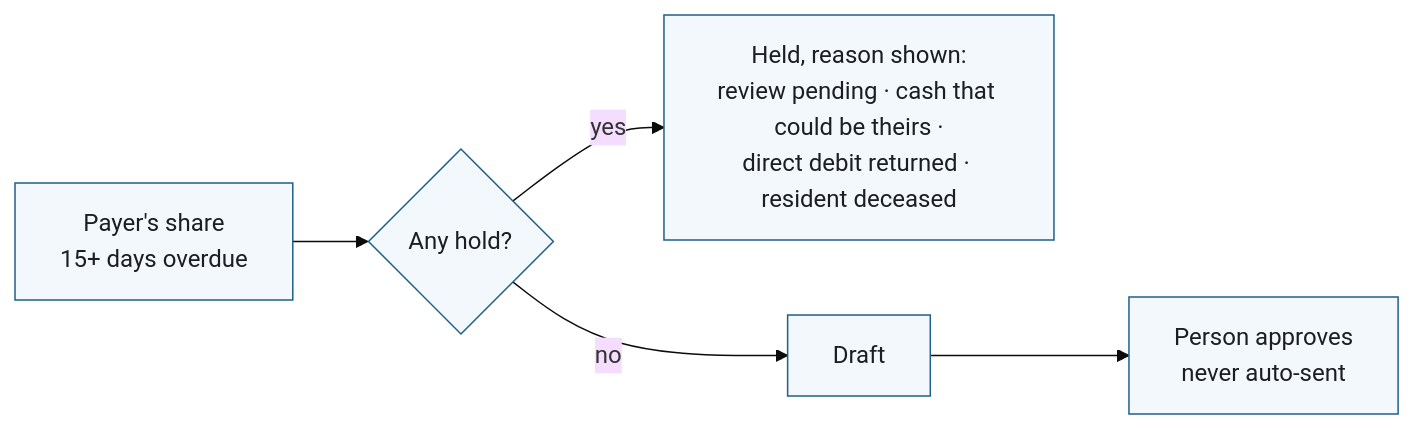
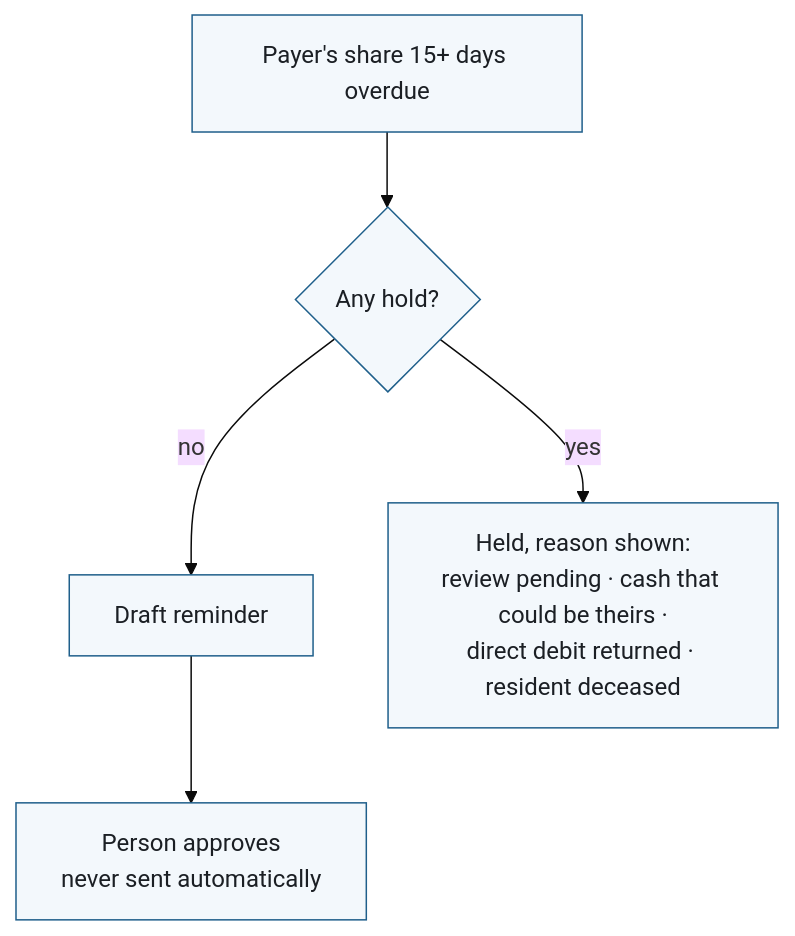
The third of 4 diagrams in README.md (amithkm9/reconcile), drawn with Mermaid (base theme) before and after one commit. The commit also changed other lines of this file, not shown here.

Commit message:
Lay out README diagrams top-down

````diff
--- a/README.md
+++ b/README.md
@@ -97,7 +97,7 @@
 ```mermaid
-flowchart LR
-    O["Payer's share<br/>15+ days overdue"] --> H{"Any hold?"}
+flowchart TD
+    O["Payer's share 15+ days overdue"] --> H{"Any hold?"}
+    H -- no --> D["Draft reminder"] --> P["Person approves<br/>never sent automatically"]
     H -- yes --> W["Held, reason shown:<br/>review pending · cash that could be theirs ·<br/>direct debit returned · resident deceased"]
-    H -- no --> D["Draft"] --> P["Person approves<br/>never auto-sent"]
     classDef default fill:#f3f8fc,stroke:#1f5f8b,color:#1b1f24
 ```
````
